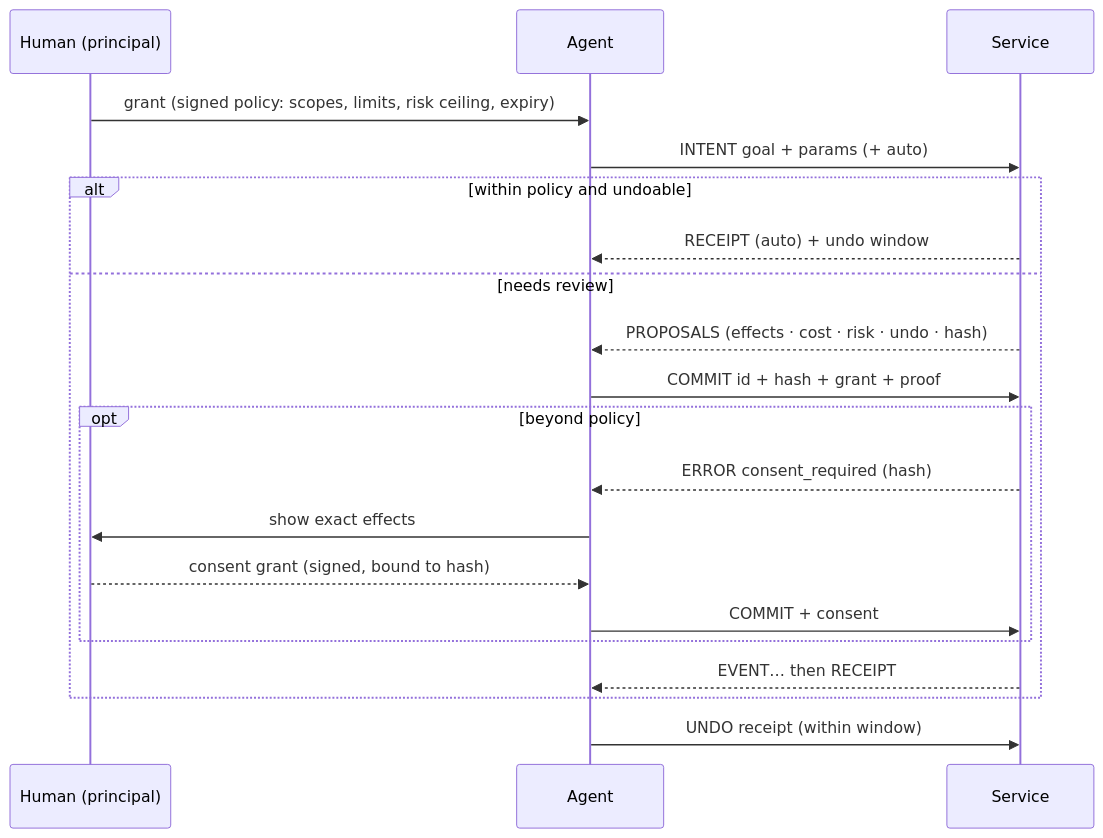
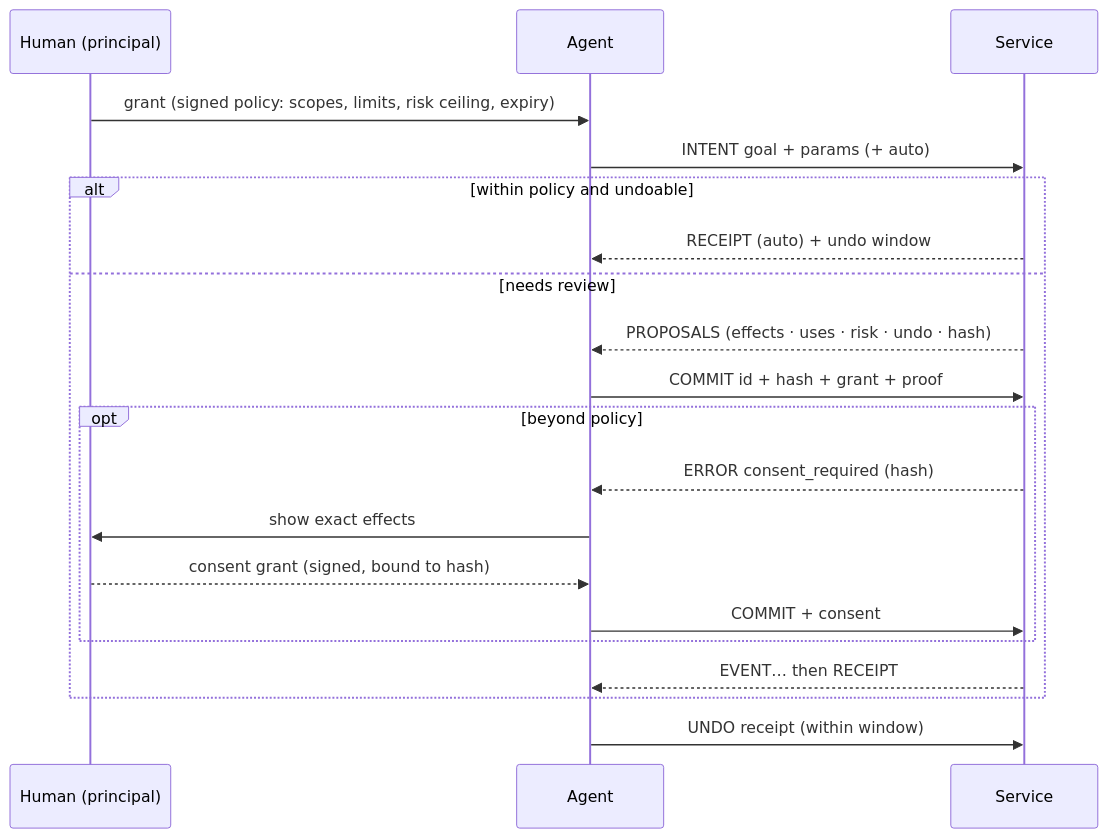
One commit to yea-protocol/yea changed the diagram in README.md. Above: the diagram before and after it, drawn with Mermaid. The commit also changed other lines of this file and 14 other files, not shown here.

````diff
--- a/README.md
+++ b/README.md
@@ -222,22 +222,22 @@
 ```mermaid
 sequenceDiagram
     participant H as Human (principal)
     participant A as Agent
     participant S as Service
     H->>A: grant (signed policy: scopes, limits, risk ceiling, expiry)
     A->>S: INTENT goal + params (+ auto)
     alt within policy and undoable
         S-->>A: RECEIPT (auto) + undo window
     else needs review
-        S-->>A: PROPOSALS (effects · cost · risk · undo · hash)
+        S-->>A: PROPOSALS (effects · uses · risk · undo · hash)
         A->>S: COMMIT id + hash + grant + proof
         opt beyond policy
             S-->>A: ERROR consent_required (hash)
             A->>H: show exact effects
             H-->>A: consent grant (signed, bound to hash)
             A->>S: COMMIT + consent
         end
         S-->>A: EVENT… then RECEIPT
     end
     A->>S: UNDO receipt (within window)
 ```
````
